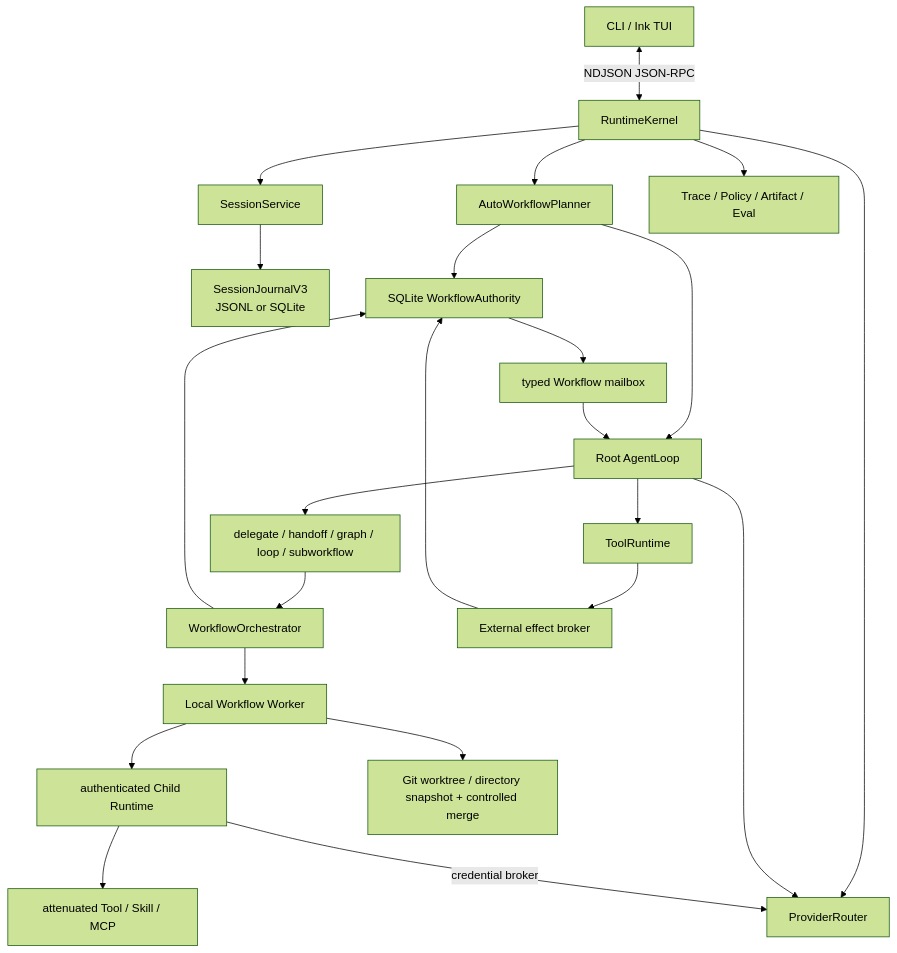
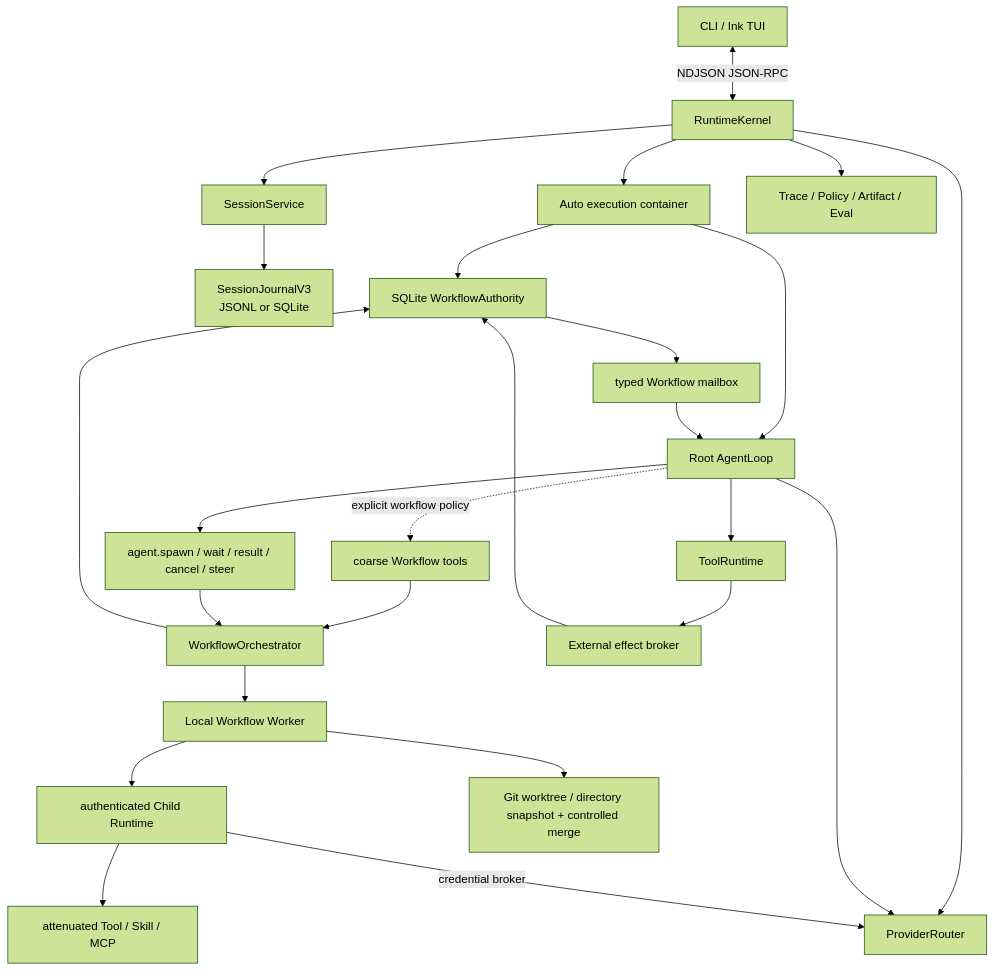
One commit to zr314/praxis-architecture-showcase changed the diagram in docs/architecture.md. Above: the diagram before and after it, drawn with Mermaid (forest theme). The commit also changed other lines of this file and 111 other files, not shown here.

````diff
--- a/docs/architecture.md
+++ b/docs/architecture.md
@@ -7,25 +7,27 @@
 ```mermaid
 flowchart TB
     CLI["CLI / Ink TUI"] <-->|"NDJSON JSON-RPC"| K["RuntimeKernel"]
     K --> SS["SessionService"]
     SS --> SJ["SessionJournalV3\nJSONL or SQLite"]
-    K --> AW["AutoWorkflowPlanner"]
+    K --> AW["Auto execution container"]
     AW --> WA["SQLite WorkflowAuthority"]
     AW --> AL["Root AgentLoop"]
     AL --> TR["ToolRuntime"]
-    AL --> AD["delegate / handoff / graph / loop / subworkflow"]
+    AL --> AD["agent.spawn / wait / result / cancel / steer"]
+    AL -. "explicit workflow policy" .-> WF["coarse Workflow tools"]
+    WF --> OR
     AD --> OR["WorkflowOrchestrator"]
     OR --> WA
     WA --> MB["typed Workflow mailbox"]
     MB --> AL
     OR --> LW["Local Workflow Worker"]
     LW --> CH["authenticated Child Runtime"]
     CH --> TR2["attenuated Tool / Skill / MCP"]
     LW --> WT["Git worktree / directory snapshot + controlled merge"]
     K --> PR["ProviderRouter"]
     AL --> PR
     CH -->|"credential broker"| PR
     K --> TS["Trace / Policy / Artifact / Eval"]
     TR --> EB["External effect broker"]
     EB --> WA
 ```
````
